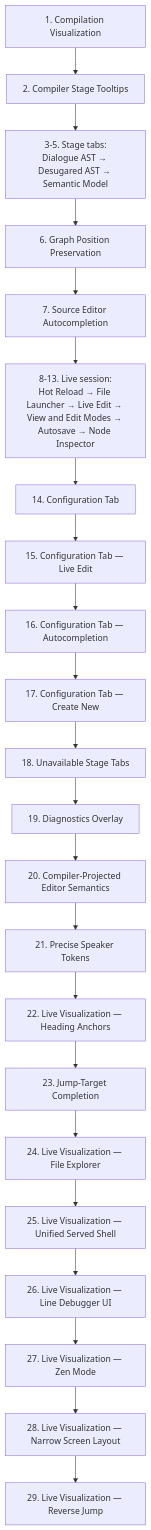
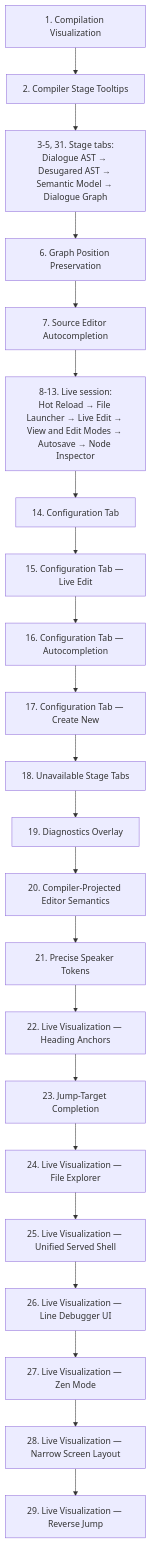
Before and after one commit to pengzhengyi/dialoguedown: the third of 3 diagrams in docs/contributing/design-notes/README.md, drawn with Mermaid. The commit also changed other lines of this file and 10 other files, not shown here.

First line of the commit message:
feat(visualization): show the dialogue graph as a fifth stage tab (#247)

````diff
--- a/docs/contributing/design-notes/README.md
+++ b/docs/contributing/design-notes/README.md
@@ -135,24 +135,24 @@
 ```mermaid
 flowchart TB
     CV["1. Compilation Visualization"] --> TT["2. Compiler Stage Tooltips"]
-    TT --> TABS["3-5. Stage tabs:<br/>Dialogue AST → Desugared AST → Semantic Model"]
+    TT --> TABS["3-5, 31. Stage tabs:<br/>Dialogue AST → Desugared AST → Semantic Model → Dialogue Graph"]
     TABS --> GX["6. Graph Position Preservation"]
     GX --> AC["7. Source Editor Autocompletion"]
     AC --> LIVE["8-13. Live session:<br/>Hot Reload → File Launcher → Live Edit → View and Edit Modes → Autosave → Node Inspector"]
     LIVE --> CFG["14. Configuration Tab"]
     CFG --> CFGLE["15. Configuration Tab — Live Edit"]
     CFGLE --> CFGAC["16. Configuration Tab — Autocompletion"]
     CFGAC --> CFGCN["17. Configuration Tab — Create New"]
     CFGCN --> UST["18. Unavailable Stage Tabs"]
     UST --> DGO["19. Diagnostics Overlay"]
     DGO --> CPE["20. Compiler-Projected Editor Semantics"]
     CPE --> PST["21. Precise Speaker Tokens"]
     PST --> HA["22. Live Visualization — Heading Anchors"]
     HA --> JTC["23. Jump-Target Completion"]
     JTC --> FE["24. Live Visualization — File Explorer"]
     FE --> USS["25. Live Visualization — Unified Served Shell"]
     USS --> LDU["26. Live Visualization — Line Debugger UI"]
     LDU --> ZEN["27. Live Visualization — Zen Mode"]
     ZEN --> NSL["28. Live Visualization — Narrow Screen Layout"]
     NSL --> RJ["29. Live Visualization — Reverse Jump"]
 ```
````
